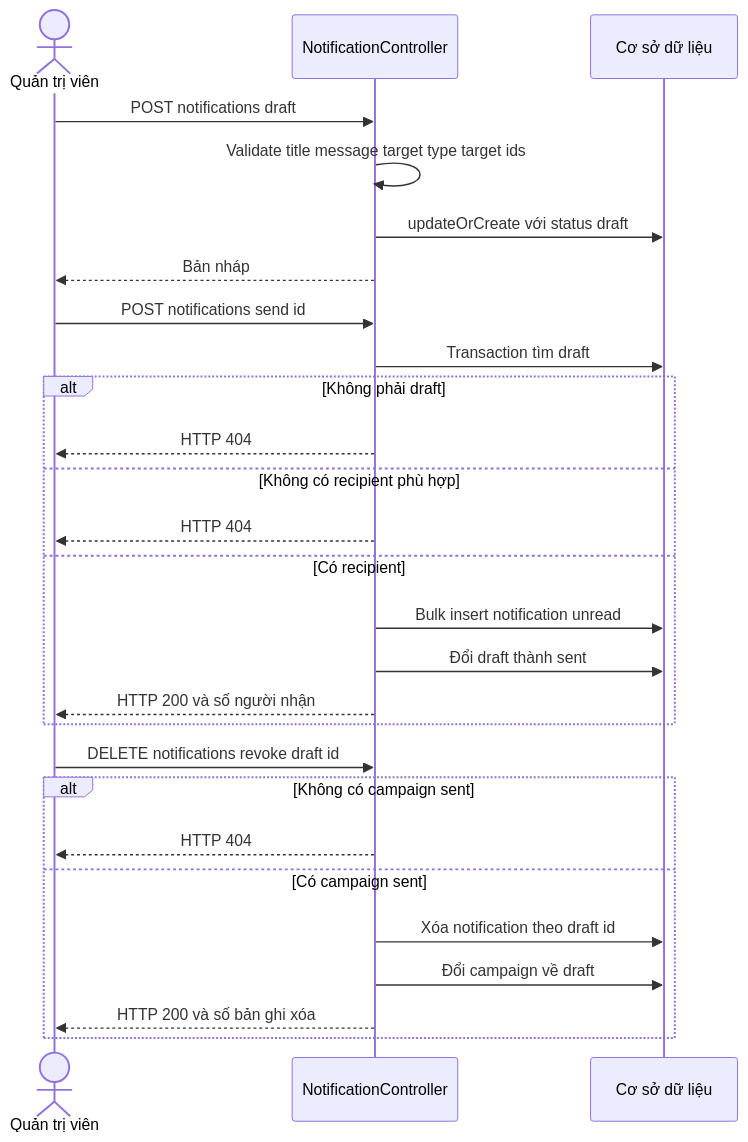
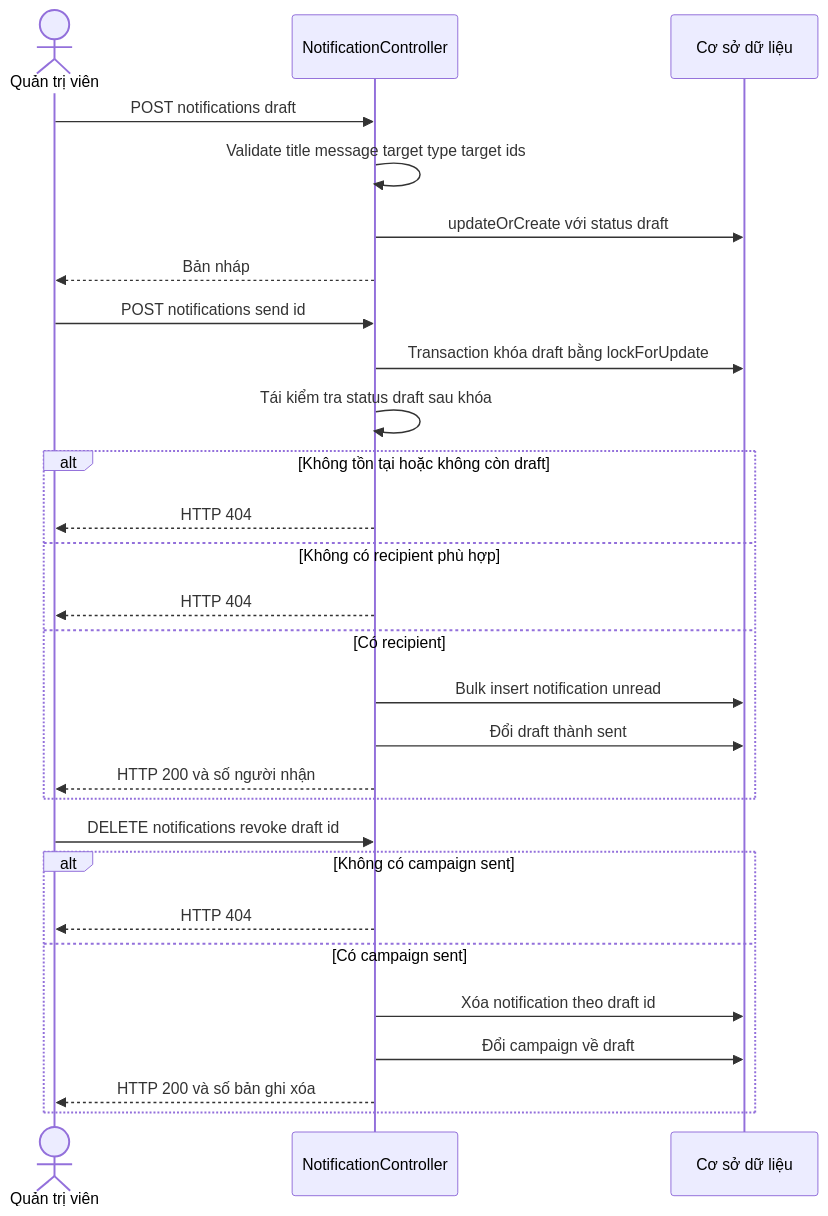
Diagram 23 of 39 in docs/reverse-engineering/06-process-and-state-diagrams.md (phamhoaithu2006/DATN_WD-01), drawn with Mermaid before and after one commit. The commit also changed other lines of this file and 53 other files, not shown here.

````diff
--- a/docs/reverse-engineering/06-process-and-state-diagrams.md
+++ b/docs/reverse-engineering/06-process-and-state-diagrams.md
@@ -821,32 +976,33 @@
 ```mermaid
 sequenceDiagram
     actor Admin as Quản trị viên
     participant API as NotificationController
     participant DB as Cơ sở dữ liệu
 
     Admin->>API: POST notifications draft
     API->>API: Validate title message target type target ids
     API->>DB: updateOrCreate với status draft
     API-->>Admin: Bản nháp
 
     Admin->>API: POST notifications send id
-    API->>DB: Transaction tìm draft
-    alt Không phải draft
+    API->>DB: Transaction khóa draft bằng lockForUpdate
+    API->>API: Tái kiểm tra status draft sau khóa
+    alt Không tồn tại hoặc không còn draft
         API-->>Admin: HTTP 404
     else Không có recipient phù hợp
         API-->>Admin: HTTP 404
     else Có recipient
         API->>DB: Bulk insert notification unread
         API->>DB: Đổi draft thành sent
         API-->>Admin: HTTP 200 và số người nhận
     end
 
     Admin->>API: DELETE notifications revoke draft id
     alt Không có campaign sent
         API-->>Admin: HTTP 404
     else Có campaign sent
         API->>DB: Xóa notification theo draft id
         API->>DB: Đổi campaign về draft
         API-->>Admin: HTTP 200 và số bản ghi xóa
     end
 ```
````
